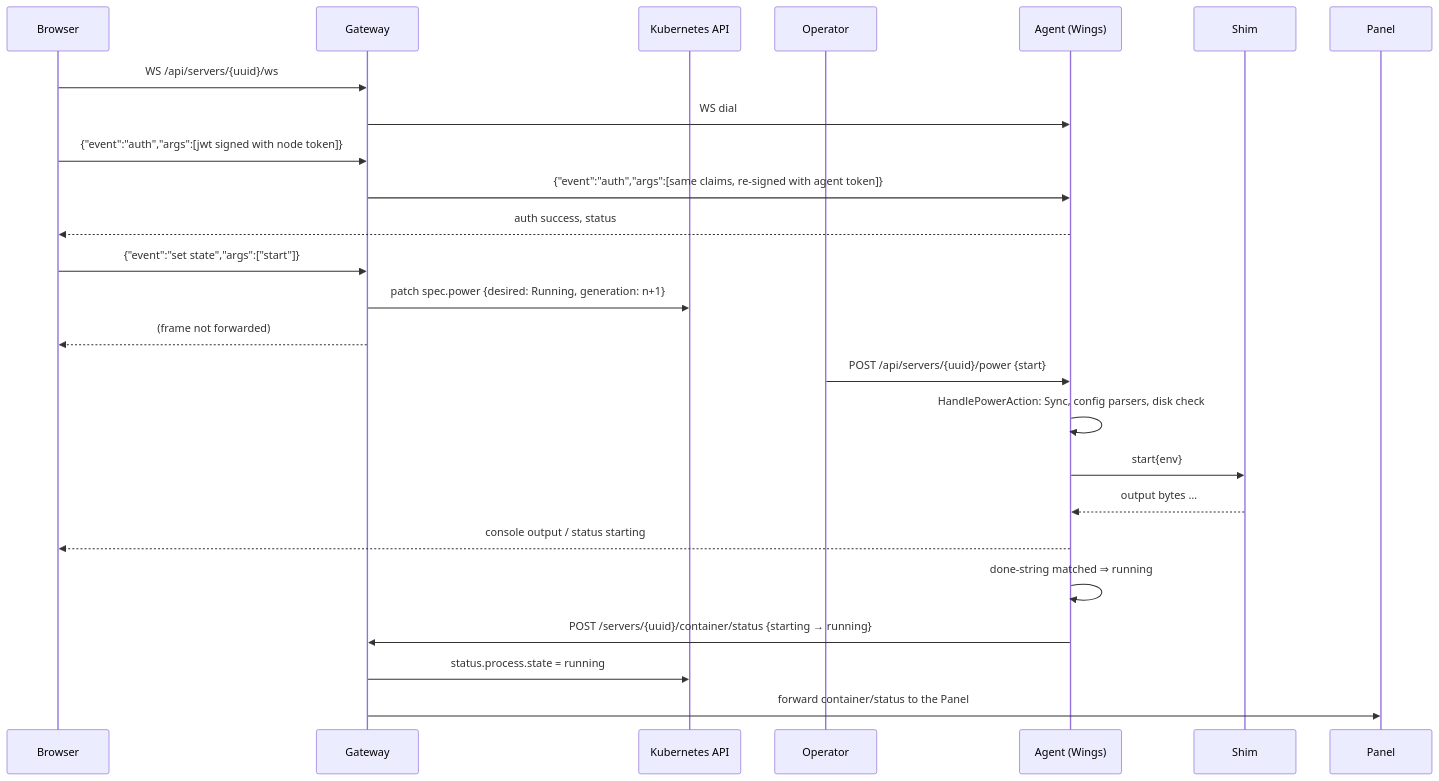
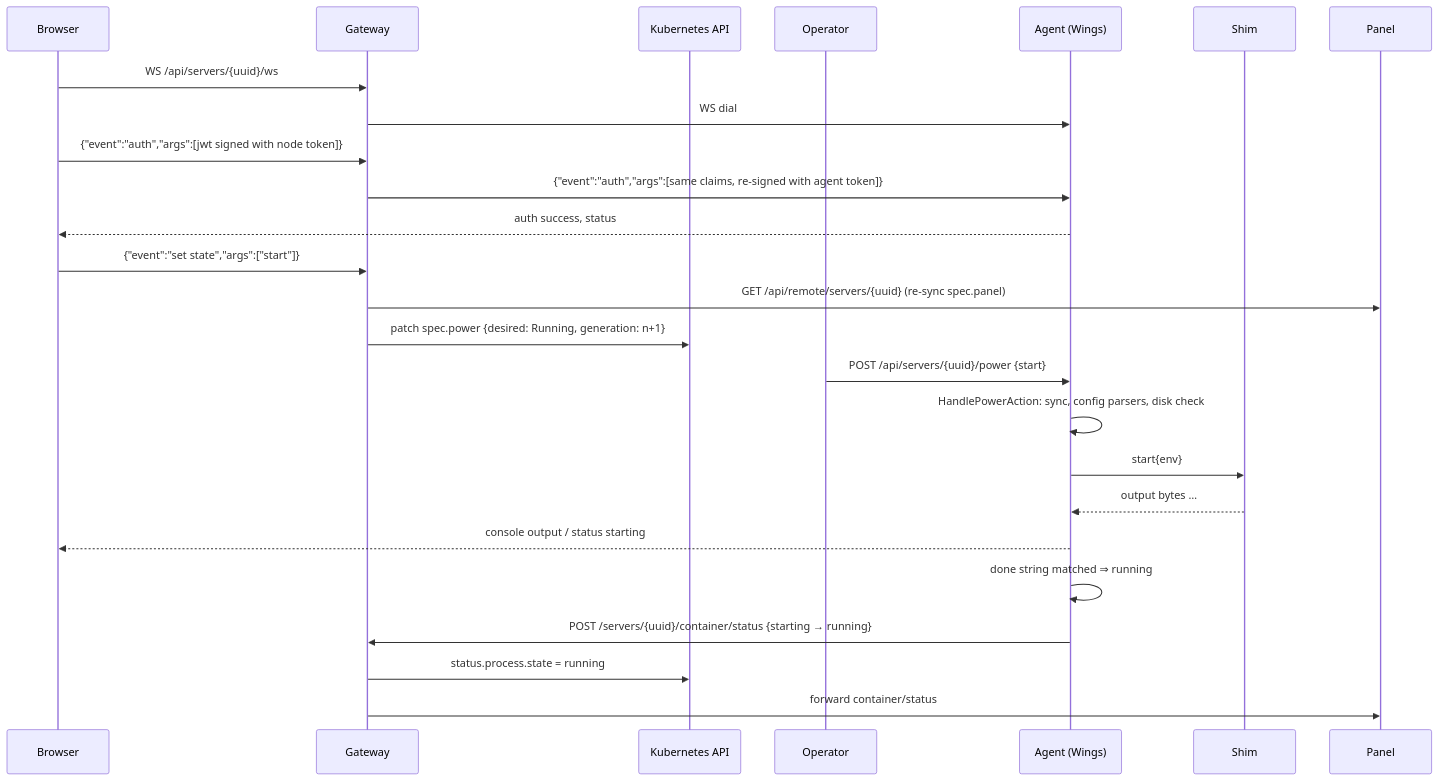
Before and after one commit to Claiyc/pelican-k8s: the fifth of 5 diagrams in ARCHITECTURE.md, drawn with Mermaid. The commit also changed other lines of this file and 57 other files, not shown here.

````diff
--- a/ARCHITECTURE.md
+++ b/ARCHITECTURE.md
@@ -906,27 +952,27 @@
 ```mermaid
 sequenceDiagram
   participant B as Browser
   participant G as Gateway
   participant K as Kubernetes API
   participant O as Operator
   participant A as Agent (Wings)
   participant S as Shim
   participant P as Panel
   B->>G: WS /api/servers/{uuid}/ws
   G->>A: WS dial
   B->>G: {"event":"auth","args":[jwt signed with node token]}
   G->>A: {"event":"auth","args":[same claims, re-signed with agent token]}
   A-->>B: auth success, status
   B->>G: {"event":"set state","args":["start"]}
+  G->>P: GET /api/remote/servers/{uuid} (re-sync spec.panel)
   G->>K: patch spec.power {desired: Running, generation: n+1}
-  G-->>B: (frame not forwarded)
   O->>A: POST /api/servers/{uuid}/power {start}
-  A->>A: HandlePowerAction: Sync, config parsers, disk check
+  A->>A: HandlePowerAction: sync, config parsers, disk check
   A->>S: start{env}
   S-->>A: output bytes …
   A-->>B: console output / status starting
-  A->>A: done-string matched ⇒ running
+  A->>A: done string matched ⇒ running
   A->>G: POST /servers/{uuid}/container/status {starting → running}
   G->>K: status.process.state = running
-  G->>P: forward container/status to the Panel
+  G->>P: forward container/status
 ```
````
